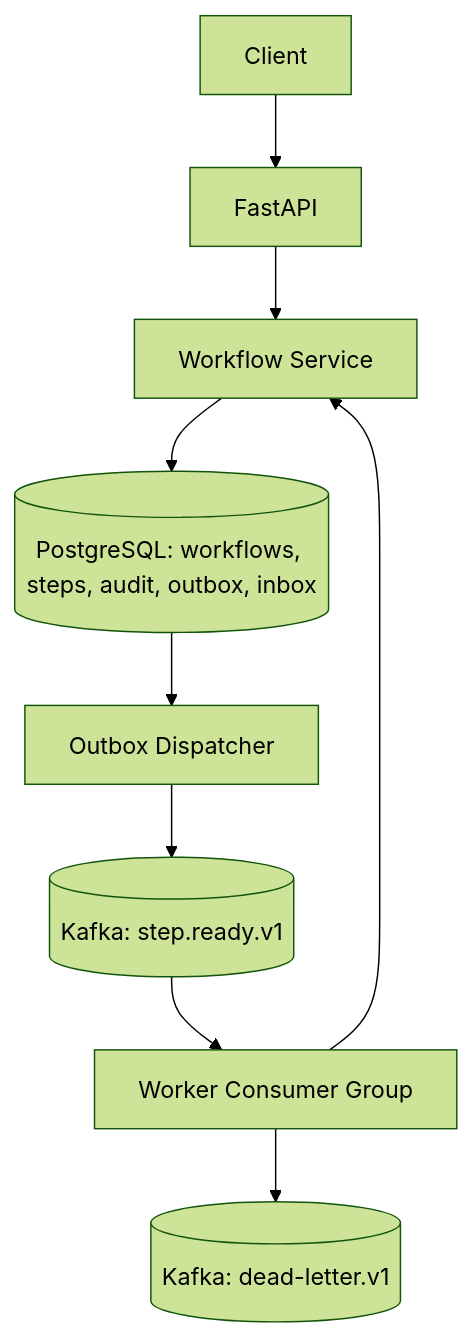
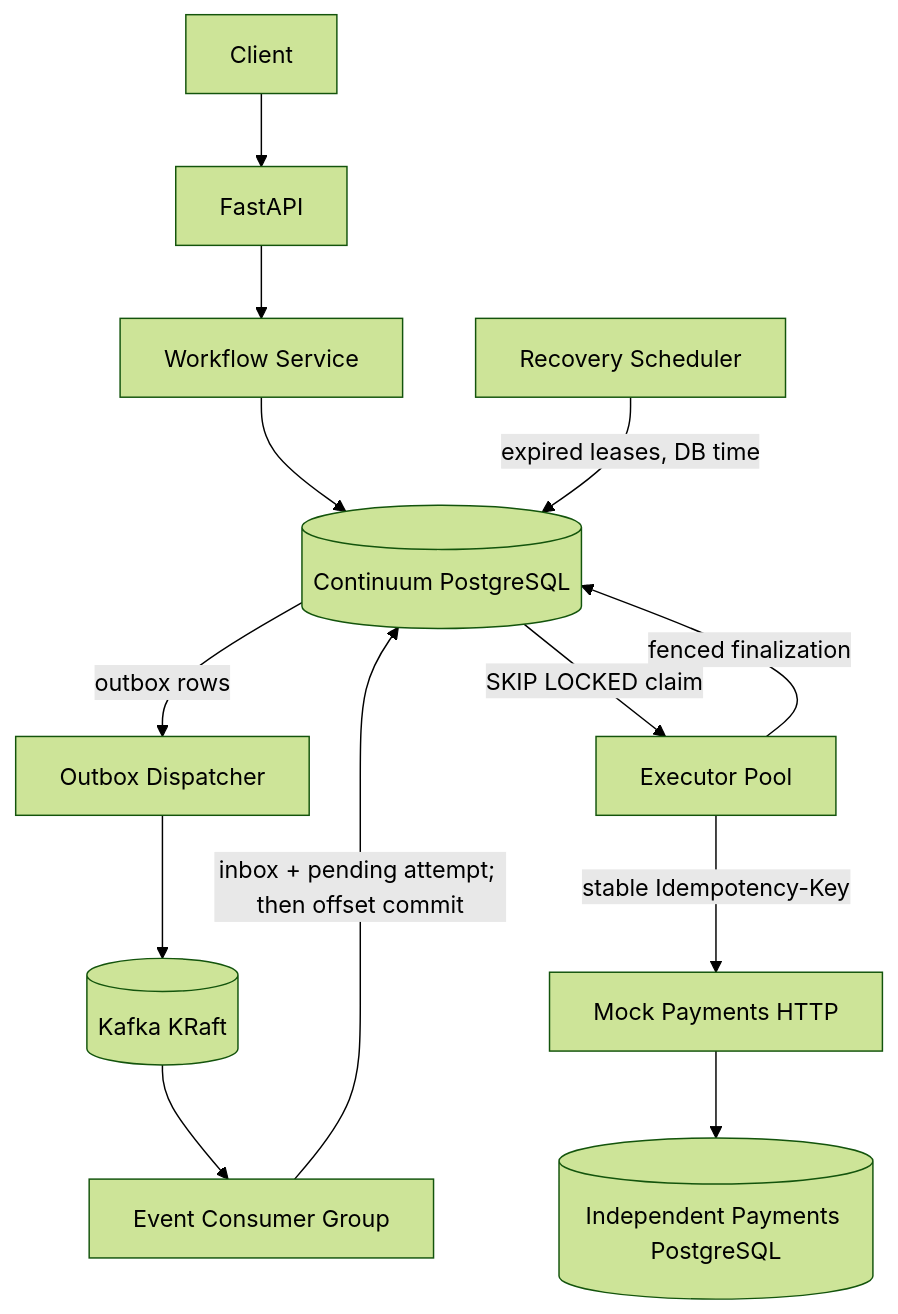
The diagram in README.md (patelanush/Continuum), drawn with Mermaid (forest theme) before and after one commit. The commit also changed other lines of this file and 36 other files, not shown here.

````diff
--- a/README.md
+++ b/README.md
@@ -29,11 +22,15 @@
 ```mermaid
 flowchart TD
     Client --> API[FastAPI]
-    API --> Service[Workflow Service]
-    Service --> PG[(PostgreSQL: workflows, steps, audit, outbox, inbox)]
-    PG --> Dispatcher[Outbox Dispatcher]
-    Dispatcher --> Kafka[(Kafka: step.ready.v1)]
-    Kafka --> Workers[Worker Consumer Group]
-    Workers --> Service
-    Workers --> DLQ[(Kafka: dead-letter.v1)]
+    API --> WS[Workflow Service]
+    WS --> PG[(Continuum PostgreSQL)]
+    PG -->|outbox rows| D[Outbox Dispatcher]
+    D --> K[(Kafka KRaft)]
+    K --> C[Event Consumer Group]
+    C -->|inbox + pending attempt; then offset commit| PG
+    PG -->|SKIP LOCKED claim| E[Executor Pool]
+    E -->|stable Idempotency-Key| M[Mock Payments HTTP]
+    M --> MP[(Independent Payments PostgreSQL)]
+    E -->|fenced finalization| PG
+    R[Recovery Scheduler] -->|expired leases, DB time| PG
 ```
````
